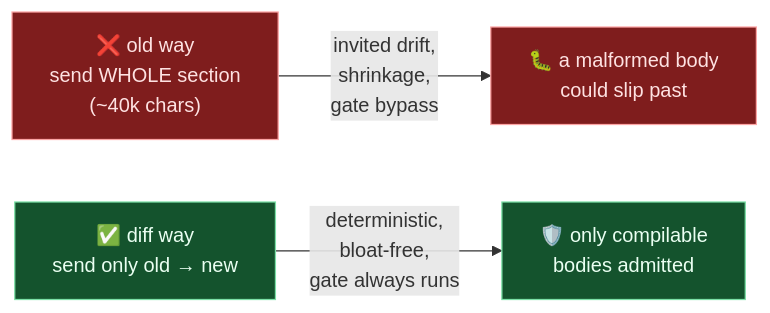
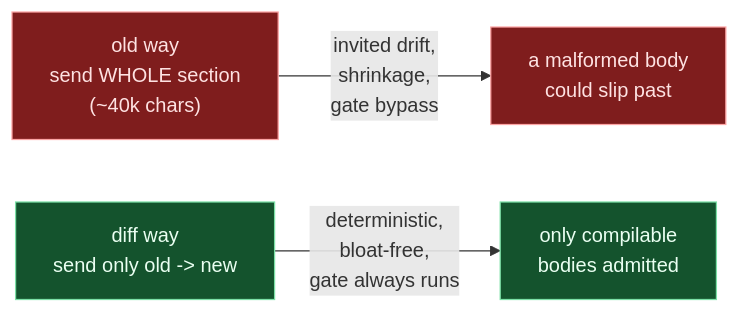
The seventh of 17 diagrams in README.md (wgabrys88/endgame-ai), drawn with Mermaid before and after one commit. The commit also changed other lines of this file, not shown here.

````diff
--- a/README.md
+++ b/README.md
@@ -275,9 +275,9 @@
 ```mermaid
 flowchart LR
-    OLD["❌ old way<br/>send WHOLE section<br/>(~40k chars)"] -->|"invited drift,<br/>shrinkage,<br/>gate bypass"| BAD["🐛 a malformed body<br/>could slip past"]
-    NEW["✅ diff way<br/>send only old → new"] -->|"deterministic,<br/>bloat-free,<br/>gate always runs"| GOOD["🛡️ only compilable<br/>bodies admitted"]
+    OLD["old way<br/>send WHOLE section<br/>(~40k chars)"] -->|"invited drift,<br/>shrinkage,<br/>gate bypass"| BAD["a malformed body<br/>could slip past"]
+    NEW["diff way<br/>send only old -> new"] -->|"deterministic,<br/>bloat-free,<br/>gate always runs"| GOOD["only compilable<br/>bodies admitted"]
     style OLD fill:#7f1d1d,stroke:#fca5a5,color:#fee2e2
     style BAD fill:#7f1d1d,stroke:#fca5a5,color:#fee2e2
     style NEW fill:#14532d,stroke:#7be0a6,color:#eafff2
     style GOOD fill:#14532d,stroke:#7be0a6,color:#eafff2
 ```
````
